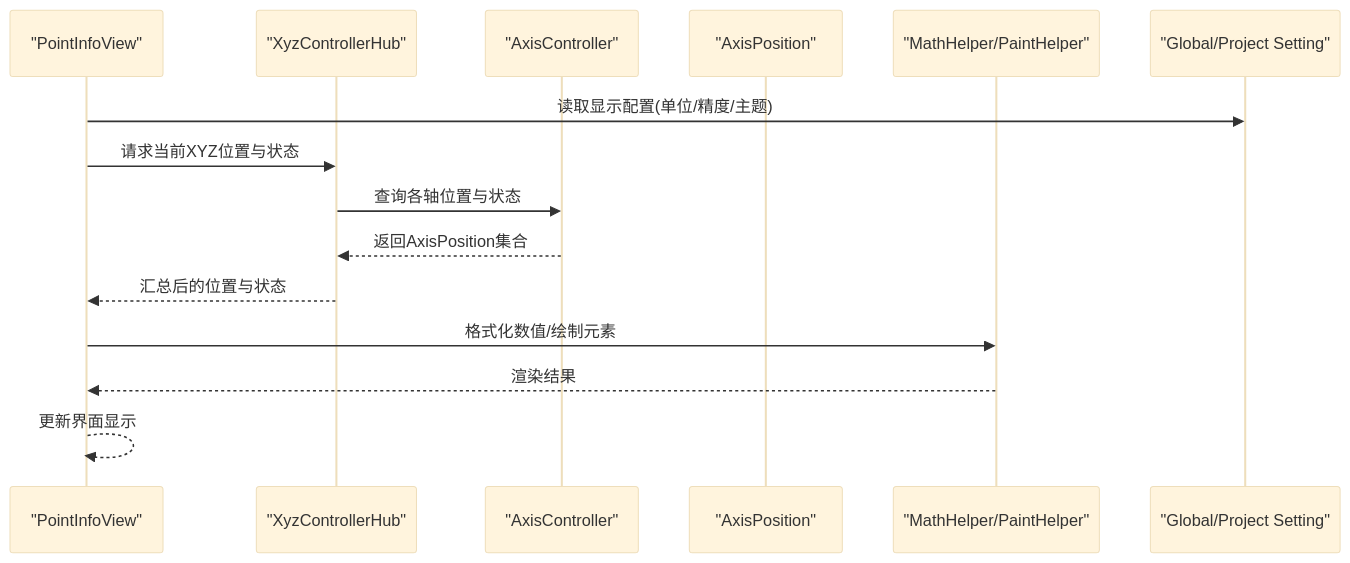
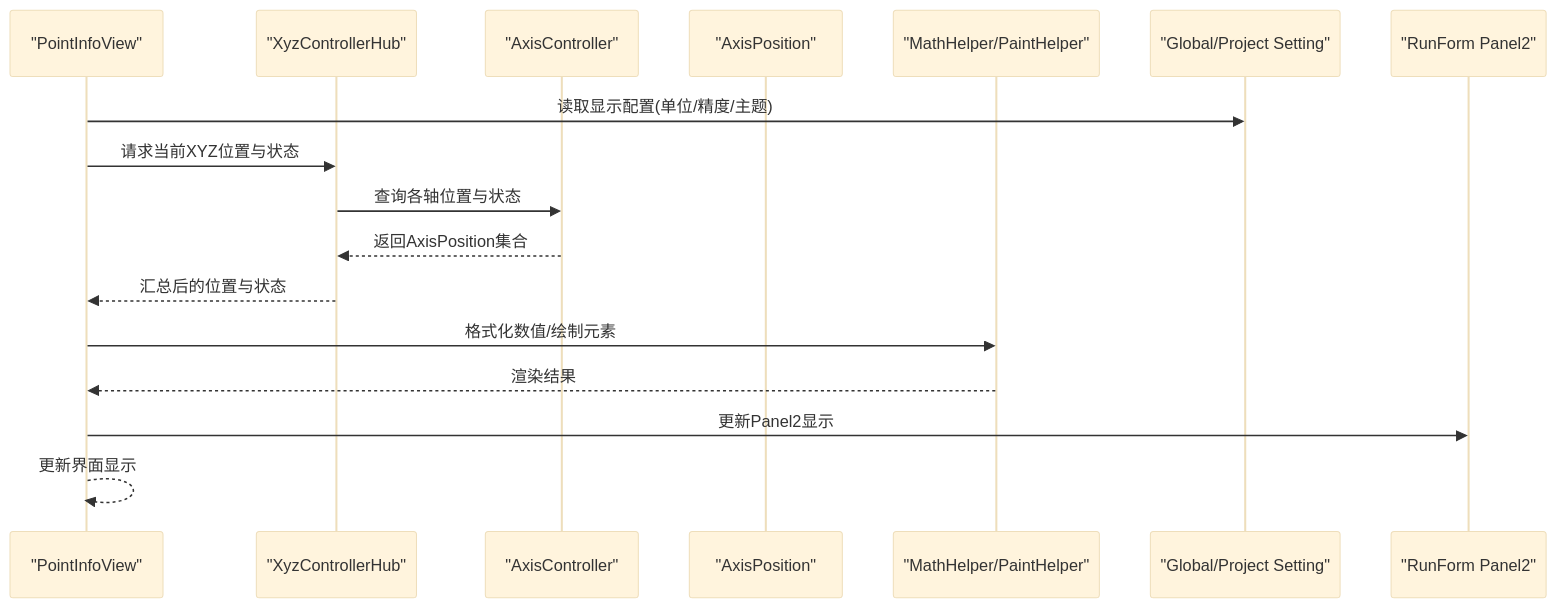
Before and after one commit to fuweiq94-cloud/339918076: the second of 6 diagrams in .qoder/repowiki/zh/content/UI控件库/点位信息显示控件.md, drawn with Mermaid (base theme). The commit also changed other lines of this file and 75 other files, not shown here.

````diff
--- a/.qoder/repowiki/zh/content/UI控件库/点位信息显示控件.md
+++ b/.qoder/repowiki/zh/content/UI控件库/点位信息显示控件.md
@@ -126,17 +134,19 @@
 ```mermaid
 sequenceDiagram
 participant UI as "PointInfoView"
 participant Hub as "XyzControllerHub"
 participant AC as "AxisController"
 participant Model as "AxisPosition"
 participant Helper as "MathHelper/PaintHelper"
 participant Config as "Global/Project Setting"
+participant RF as "RunForm Panel2"
 UI->>Config : 读取显示配置(单位/精度/主题)
 UI->>Hub : 请求当前XYZ位置与状态
 Hub->>AC : 查询各轴位置与状态
 AC-->>Hub : 返回AxisPosition集合
 Hub-->>UI : 汇总后的位置与状态
 UI->>Helper : 格式化数值/绘制元素
 Helper-->>UI : 渲染结果
+UI->>RF : 更新Panel2显示
 UI-->>UI : 更新界面显示
 ```
````
